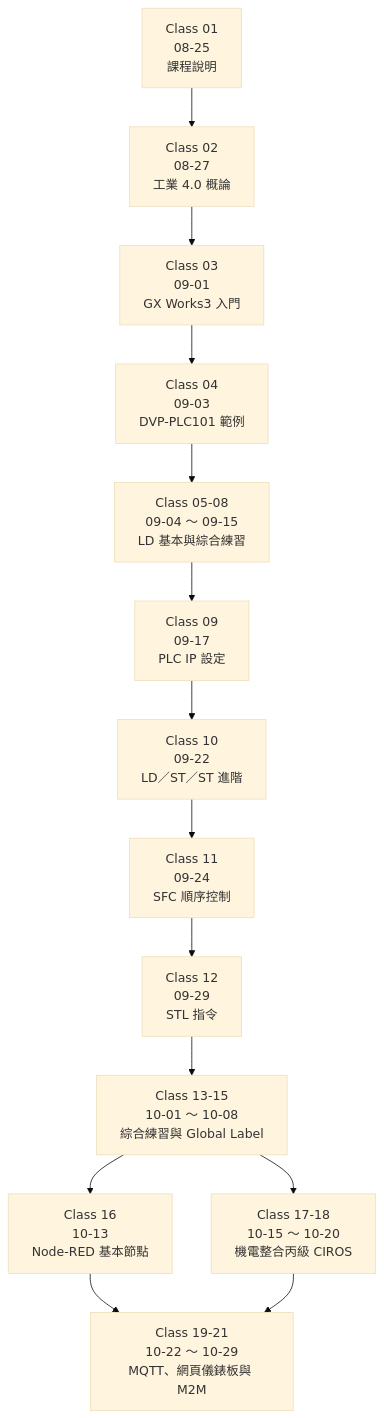
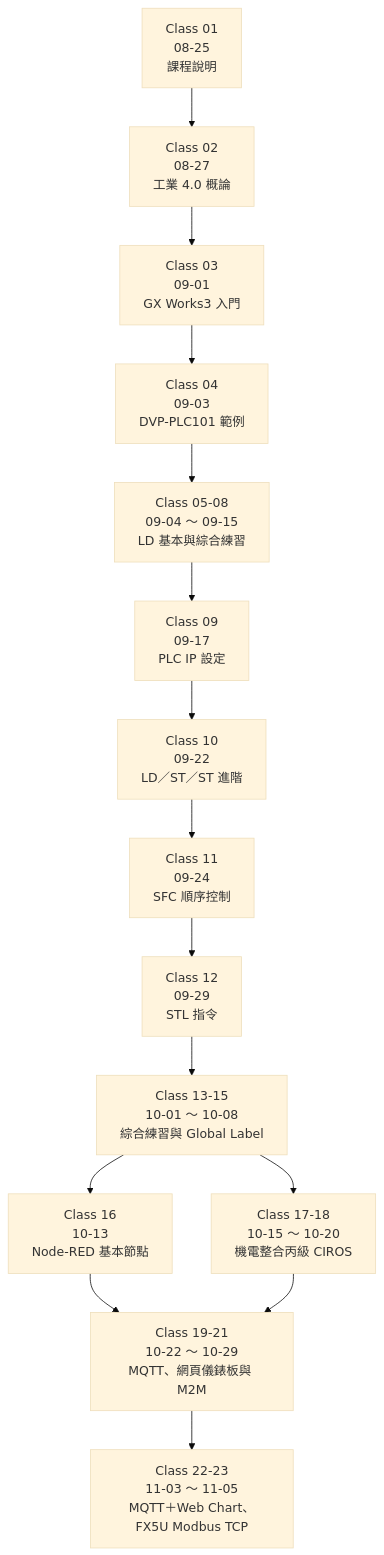
One commit to yd7148/INDUSTRY-4.0 changed the first of 3 diagrams in docs/COURSE-MAP.md. Above: the diagram before and after it, drawn with Mermaid (base theme). The commit also changed other lines of this file and 107 other files, not shown here.

Commit message:
Add Class-23-2026-11-05 course materials, class folder READMEs, course timeline SVG, playlist index

````diff
--- a/docs/COURSE-MAP.md
+++ b/docs/COURSE-MAP.md
@@ -10,16 +10,17 @@
 ```mermaid
 flowchart TD
     A["Class 01<br/>08-25<br/>課程說明"] --> B["Class 02<br/>08-27<br/>工業 4.0 概論"]
     B --> C["Class 03<br/>09-01<br/>GX Works3 入門"]
     C --> D["Class 04<br/>09-03<br/>DVP-PLC101 範例"]
     D --> E["Class 05-08<br/>09-04 ～ 09-15<br/>LD 基本與綜合練習"]
     E --> F["Class 09<br/>09-17<br/>PLC IP 設定"]
     F --> G["Class 10<br/>09-22<br/>LD／ST／ST 進階"]
     G --> H["Class 11<br/>09-24<br/>SFC 順序控制"]
     H --> I["Class 12<br/>09-29<br/>STL 指令"]
     I --> J["Class 13-15<br/>10-01 ～ 10-08<br/>綜合練習與 Global Label"]
     J --> K["Class 16<br/>10-13<br/>Node-RED 基本節點"]
     J --> L["Class 17-18<br/>10-15 ～ 10-20<br/>機電整合丙級 CIROS"]
     K --> M["Class 19-21<br/>10-22 ～ 10-29<br/>MQTT、網頁儀錶板與 M2M"]
     L --> M
+    M --> N["Class 22-23<br/>11-03 ～ 11-05<br/>MQTT＋Web Chart、FX5U Modbus TCP"]
 ```
````
